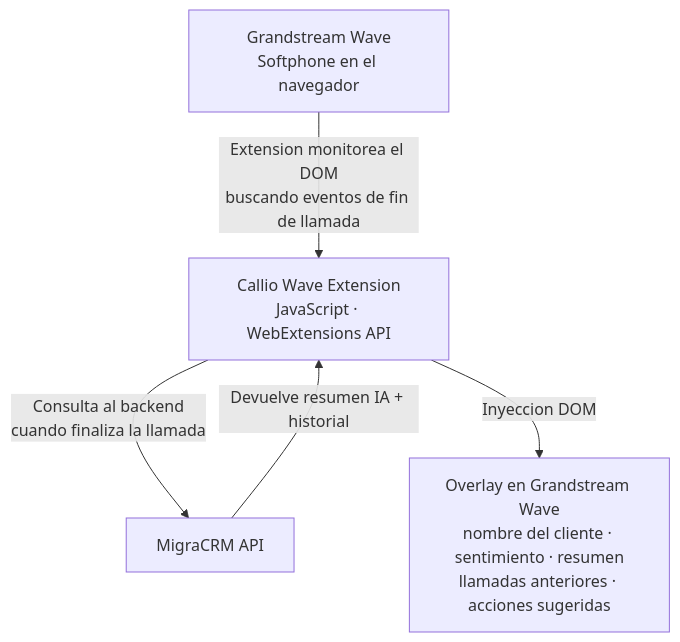
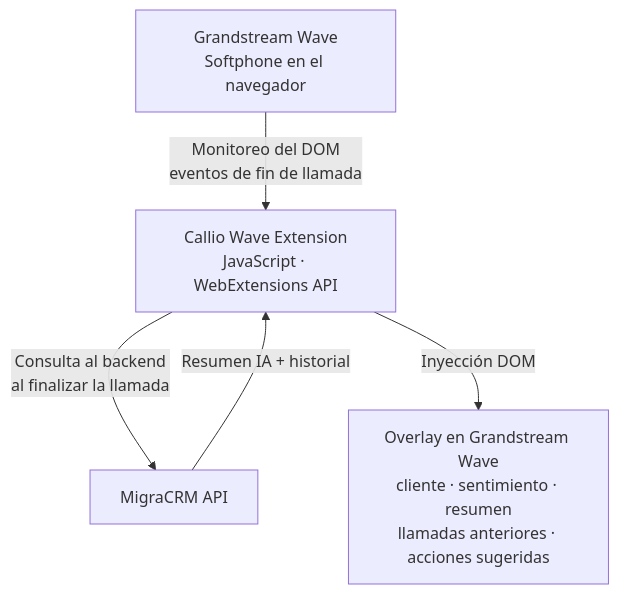
One commit to deadlyrat/callio-wave-showcase changed the diagram in README.md. Above: the diagram before and after it, drawn with Mermaid. The commit also changed other lines of this file, not shown here.

Commit message:
docs: reescribir README del showcase

````diff
--- a/README.md
+++ b/README.md
@@ -40,12 +100,12 @@
 ```mermaid
 graph TD
-    GW["Grandstream Wave\nSoftphone en el navegador"]
-    EXT["Callio Wave Extension\nJavaScript · WebExtensions API"]
+    GW["Grandstream Wave<br/>Softphone en el navegador"]
+    EXT["Callio Wave Extension<br/>JavaScript · WebExtensions API"]
     API["MigraCRM API"]
-    OV["Overlay en Grandstream Wave\nnombre del cliente · sentimiento · resumen\nllamadas anteriores · acciones sugeridas"]
+    OV["Overlay en Grandstream Wave<br/>cliente · sentimiento · resumen<br/>llamadas anteriores · acciones sugeridas"]
 
-    GW -->|"Extension monitorea el DOM\nbuscando eventos de fin de llamada"| EXT
-    EXT -->|"Consulta al backend\ncuando finaliza la llamada"| API
-    API -->|"Devuelve resumen IA + historial"| EXT
-    EXT -->|"Inyeccion DOM"| OV
+    GW -->|"Monitoreo del DOM<br/>eventos de fin de llamada"| EXT
+    EXT -->|"Consulta al backend<br/>al finalizar la llamada"| API
+    API -->|"Resumen IA + historial"| EXT
+    EXT -->|"Inyección DOM"| OV
 ```
````
